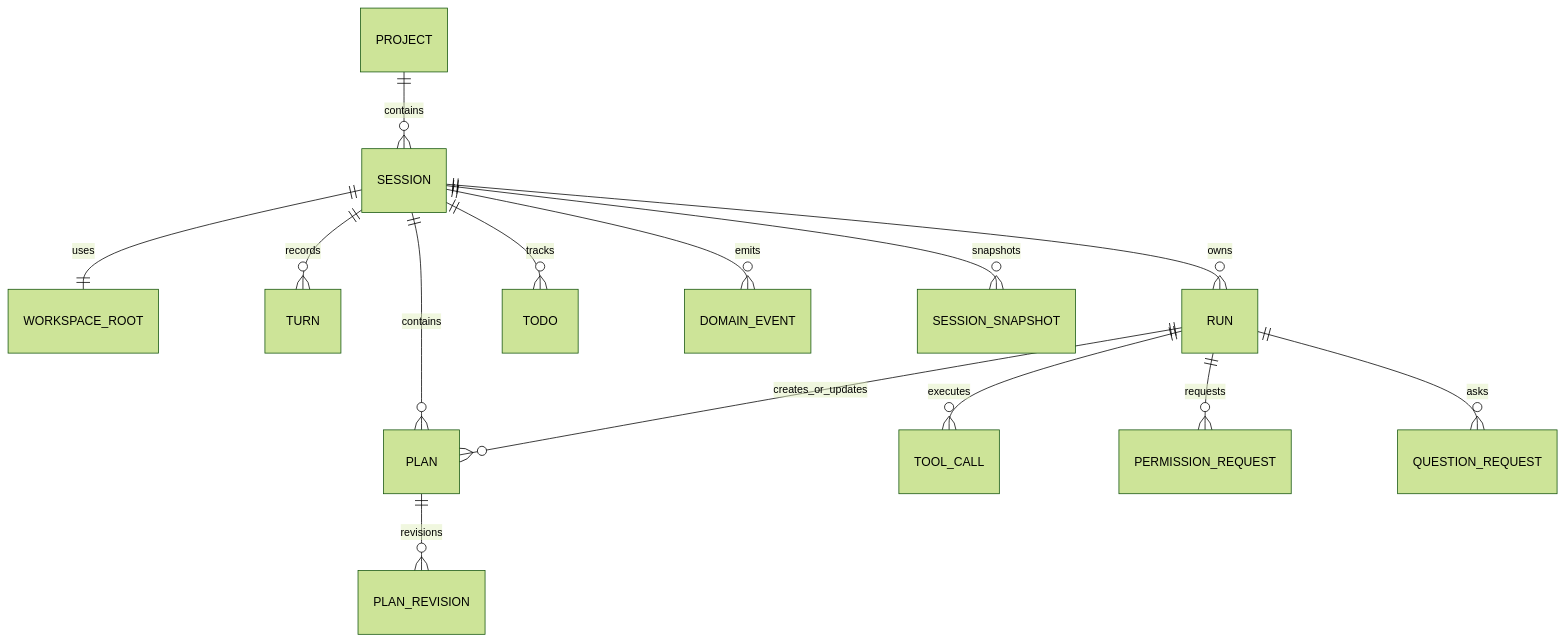
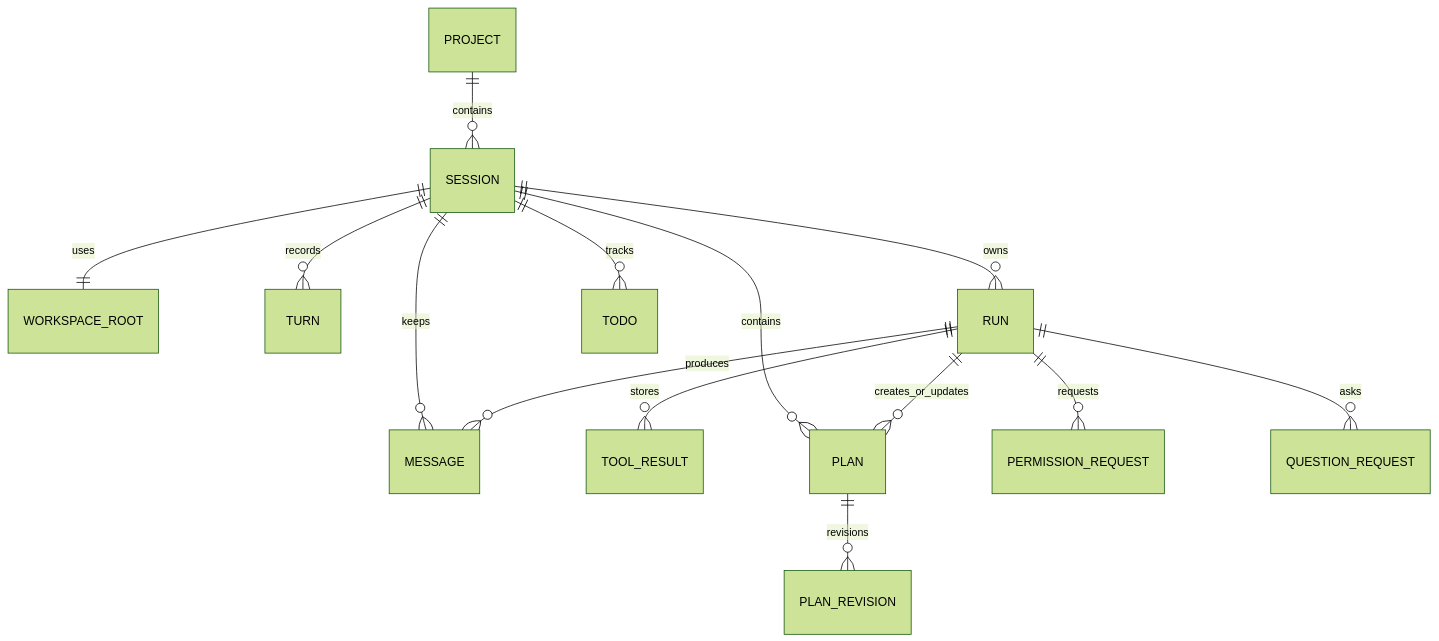
The first of 3 diagrams in docs/intention-relay/architecture/04-sessions-runs-events-and-storage.md (y0tsy/intention-relay), drawn with Mermaid (forest theme) before and after one commit. The commit also changed other lines of this file and 288 other files, not shown here.

````diff
--- a/docs/intention-relay/architecture/04-sessions-runs-events-and-storage.md
+++ b/docs/intention-relay/architecture/04-sessions-runs-events-and-storage.md
@@ -11,16 +11,16 @@
 ```mermaid
 erDiagram
   PROJECT ||--o{ SESSION : contains
   SESSION ||--|| WORKSPACE_ROOT : uses
   SESSION ||--o{ TURN : records
   SESSION ||--o{ RUN : owns
+  SESSION ||--o{ MESSAGE : keeps
+  RUN ||--o{ MESSAGE : produces
+  RUN ||--o{ TOOL_RESULT : stores
   SESSION ||--o{ PLAN : contains
   SESSION ||--o{ TODO : tracks
-  SESSION ||--o{ DOMAIN_EVENT : emits
-  SESSION ||--o{ SESSION_SNAPSHOT : snapshots
-  RUN ||--o{ TOOL_CALL : executes
   RUN ||--o{ PLAN : creates_or_updates
   RUN ||--o{ PERMISSION_REQUEST : requests
   RUN ||--o{ QUESTION_REQUEST : asks
   PLAN ||--o{ PLAN_REVISION : revisions
 ```
````
